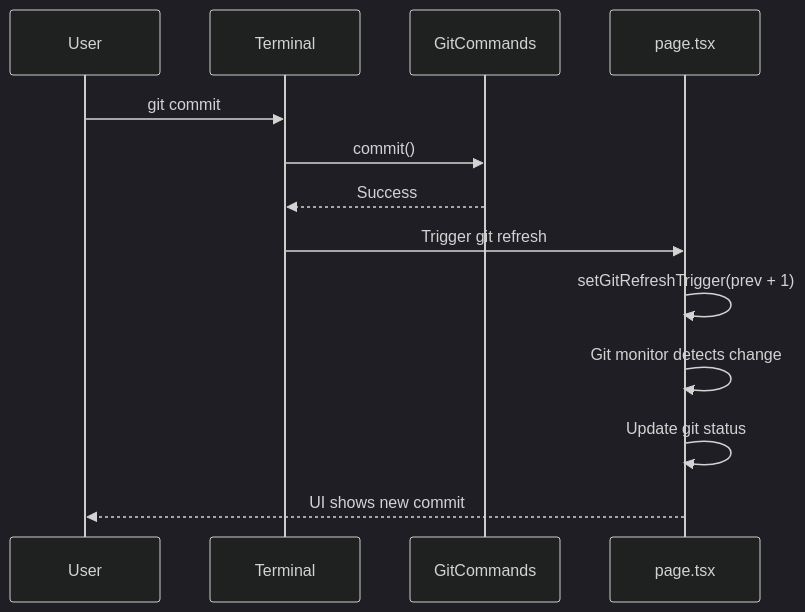
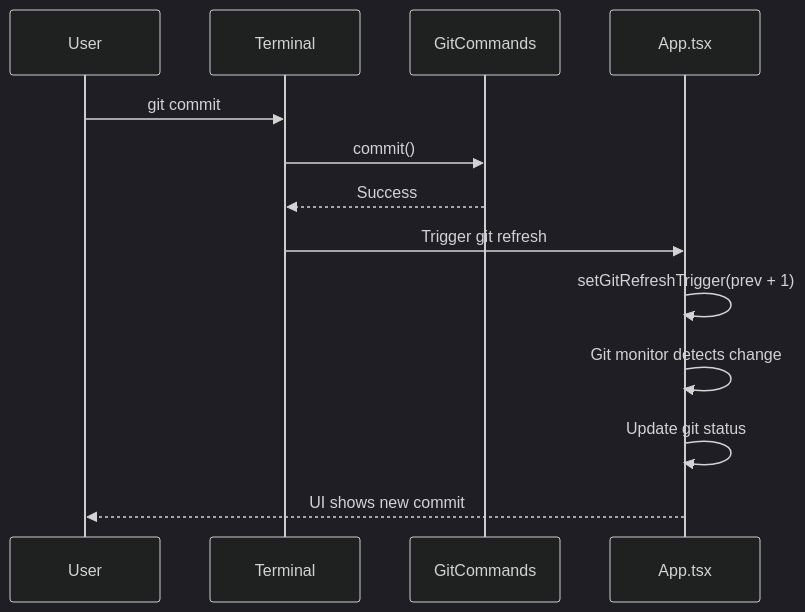
The sixth of 25 diagrams in docs/UI-COMPONENTS.md (Stasshe/Pyxis-CodeCanvas), drawn with Mermaid (dark theme) before and after one commit. The commit also changed other lines of this file and 330 other files, not shown here.

````diff
--- a/docs/UI-COMPONENTS.md
+++ b/docs/UI-COMPONENTS.md
@@ -154,16 +173,16 @@
 ```mermaid
 sequenceDiagram
     participant USER as User
     participant TERM as Terminal
     participant GIT as GitCommands
-    participant PAGE as page.tsx
+    participant PAGE as App.tsx
 
     USER->>TERM: git commit
     TERM->>GIT: commit()
     GIT-->>TERM: Success
     TERM->>PAGE: Trigger git refresh
     PAGE->>PAGE: setGitRefreshTrigger(prev + 1)
     PAGE->>PAGE: Git monitor detects change
     PAGE->>PAGE: Update git status
     PAGE-->>USER: UI shows new commit
 ```
````
